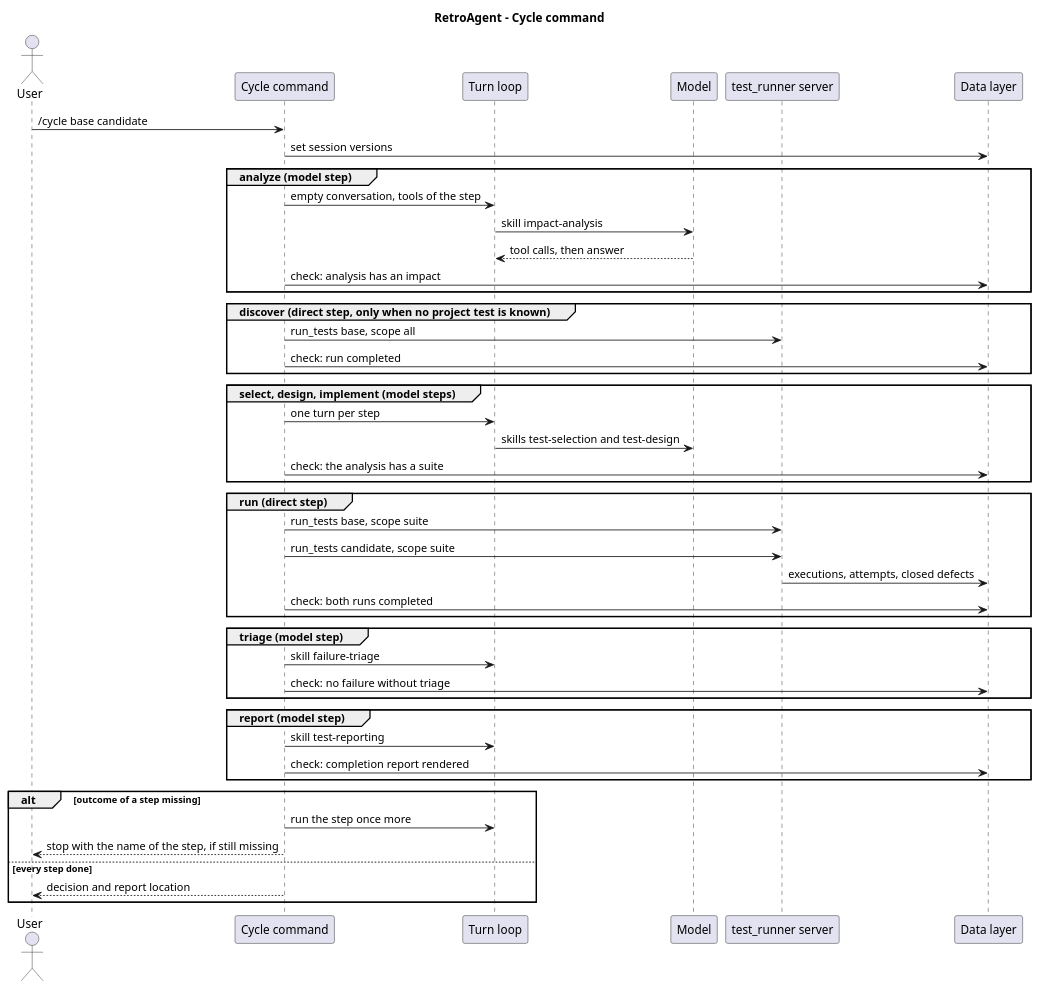
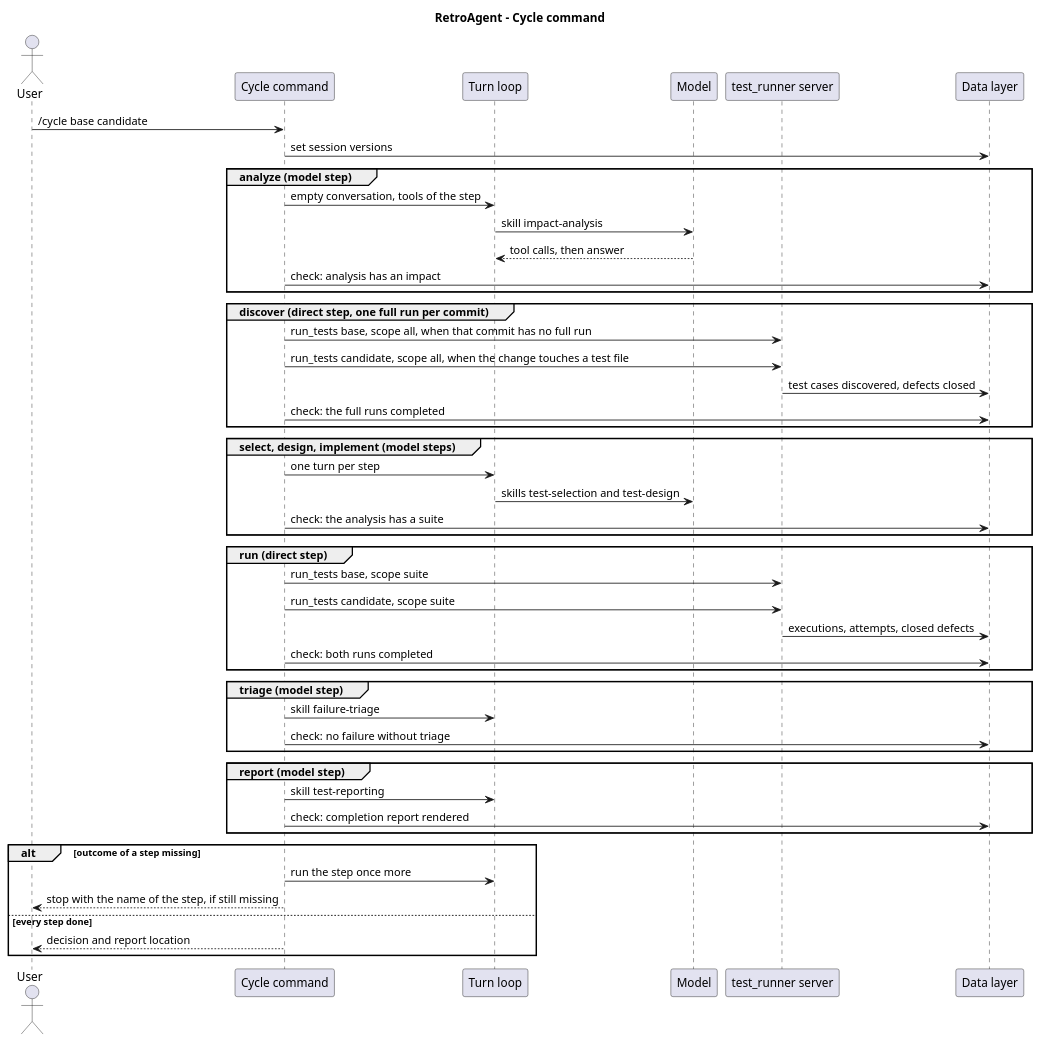
Before and after one commit to fe-ba/RetroAgent: the diagram in docs/diagrams/cycle-sequence.puml, drawn with PlantUML. The commit also changed 9 other files, not shown here.

Commit message:
docs: README with demo, overview diagram and results; diagrams embedded in architecture; diagrams updated to the current rules

```diff
--- a/docs/diagrams/cycle-sequence.puml
+++ b/docs/diagrams/cycle-sequence.puml
@@ -1,55 +1,57 @@
 @startuml cycle-sequence
 title RetroAgent - Cycle command
 
 actor User
 participant "Cycle command" as Cycle
 participant "Turn loop" as Turn
 participant "Model" as Model
 participant "test_runner server" as Runner
 participant "Data layer" as Data
 
 User -> Cycle : /cycle base candidate
 Cycle -> Data : set session versions
 
 group analyze (model step)
   Cycle -> Turn : empty conversation, tools of the step
   Turn -> Model : skill impact-analysis
   Model --> Turn : tool calls, then answer
   Cycle -> Data : check: analysis has an impact
 end
 
-group discover (direct step, only when no project test is known)
-  Cycle -> Runner : run_tests base, scope all
-  Cycle -> Data : check: run completed
+group discover (direct step, one full run per commit)
+  Cycle -> Runner : run_tests base, scope all, when that commit has no full run
+  Cycle -> Runner : run_tests candidate, scope all, when the change touches a test file
+  Runner -> Data : test cases discovered, defects closed
+  Cycle -> Data : check: the full runs completed
 end
 
 group select, design, implement (model steps)
   Cycle -> Turn : one turn per step
   Turn -> Model : skills test-selection and test-design
   Cycle -> Data : check: the analysis has a suite
 end
 
 group run (direct step)
   Cycle -> Runner : run_tests base, scope suite
   Cycle -> Runner : run_tests candidate, scope suite
   Runner -> Data : executions, attempts, closed defects
   Cycle -> Data : check: both runs completed
 end
 
 group triage (model step)
   Cycle -> Turn : skill failure-triage
   Cycle -> Data : check: no failure without triage
 end
 
 group report (model step)
   Cycle -> Turn : skill test-reporting
   Cycle -> Data : check: completion report rendered
 end
 
 alt outcome of a step missing
   Cycle -> Turn : run the step once more
   Cycle --> User : stop with the name of the step, if still missing
 else every step done
   Cycle --> User : decision and report location
 end
 @enduml
```
